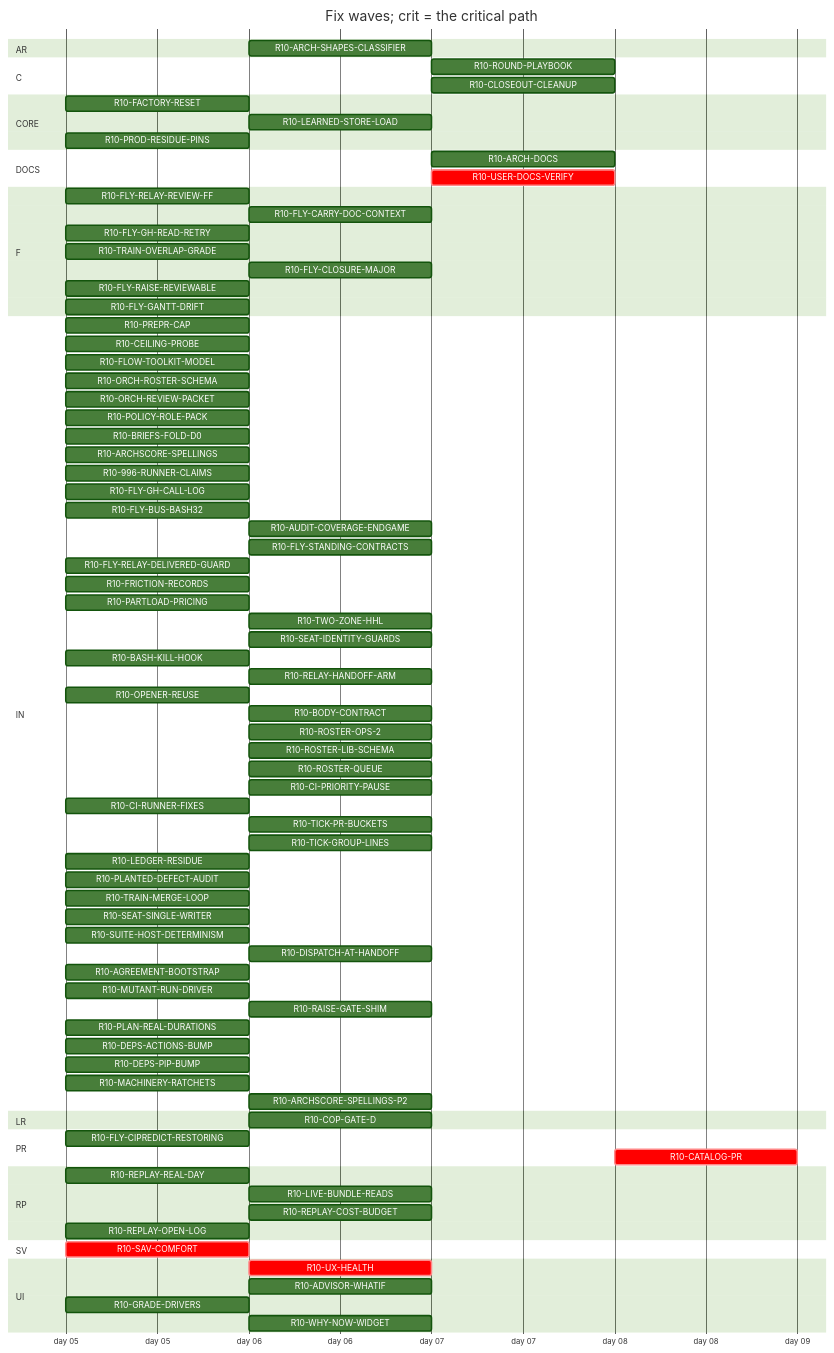
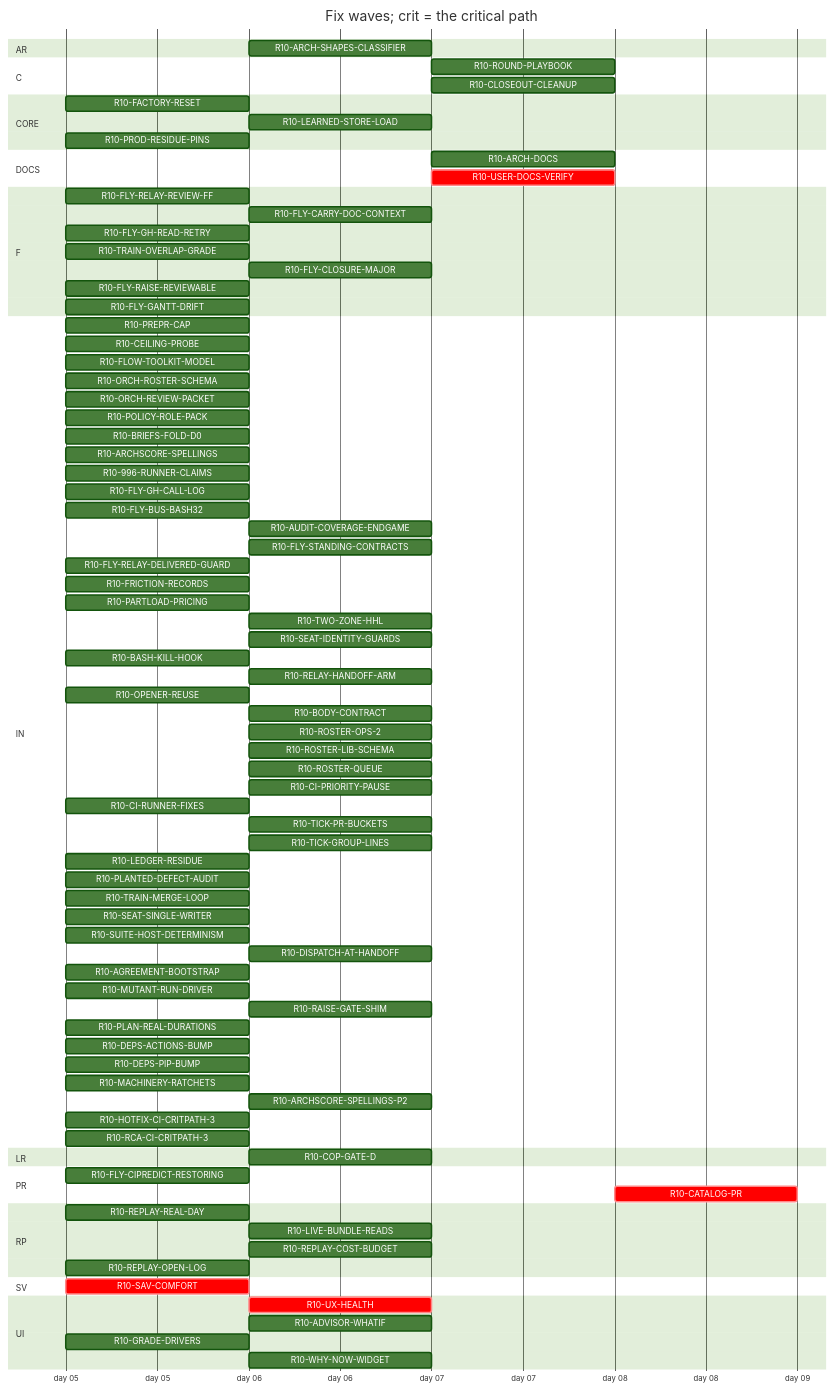
The diagram in handoff/round10/state/PLAN-TABLE.md (tvofi/heatpump_optimizer), drawn with Mermaid (forest theme) before and after one commit. The commit also changed other lines of this file and 4 other files, not shown here.

Commit message:
state: FLOW-BOARD.md, NEXT-SESSION-PROMPT.md, PLAN-TABLE.md, PLAN.html, RESUME-CURRENT.md regenerated (state_docs.py)

```diff
--- a/handoff/round10/state/PLAN-TABLE.md
+++ b/handoff/round10/state/PLAN-TABLE.md
@@ -90,6 +90,8 @@
     R10-DEPS-PIP-BUMP :r10DEPSPIPBUMP, 2026-01-05, 1d
     R10-MACHINERY-RATCHETS :r10MACHINERYRATCHETS, 2026-01-05, 1d
     R10-ARCHSCORE-SPELLINGS-P2 :r10ARCHSCORESPELLINGSP2, after r10ARCHSCORESPELLINGS, 1d
+    R10-HOTFIX-CI-CRITPATH-3 :r10HOTFIXCICRITPATH3, 2026-01-05, 1d
+    R10-RCA-CI-CRITPATH-3 :r10RCACICRITPATH3, 2026-01-05, 1d
   section LR
     R10-COP-GATE-D :r10COPGATED, after r10CEILINGPROBE, 1d
   section PR
```
